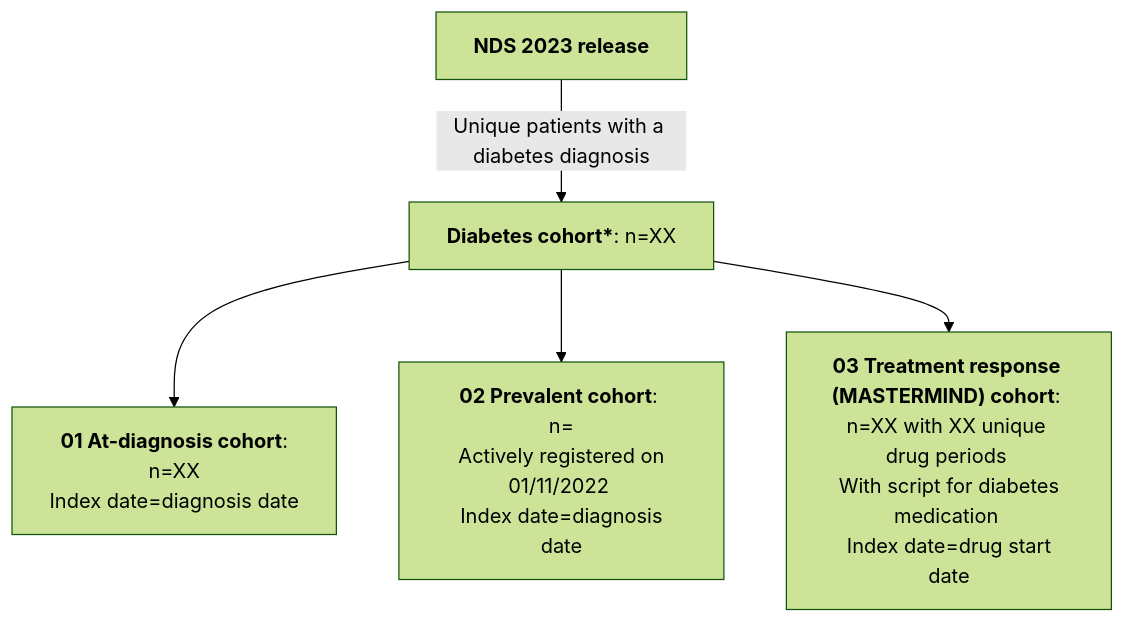
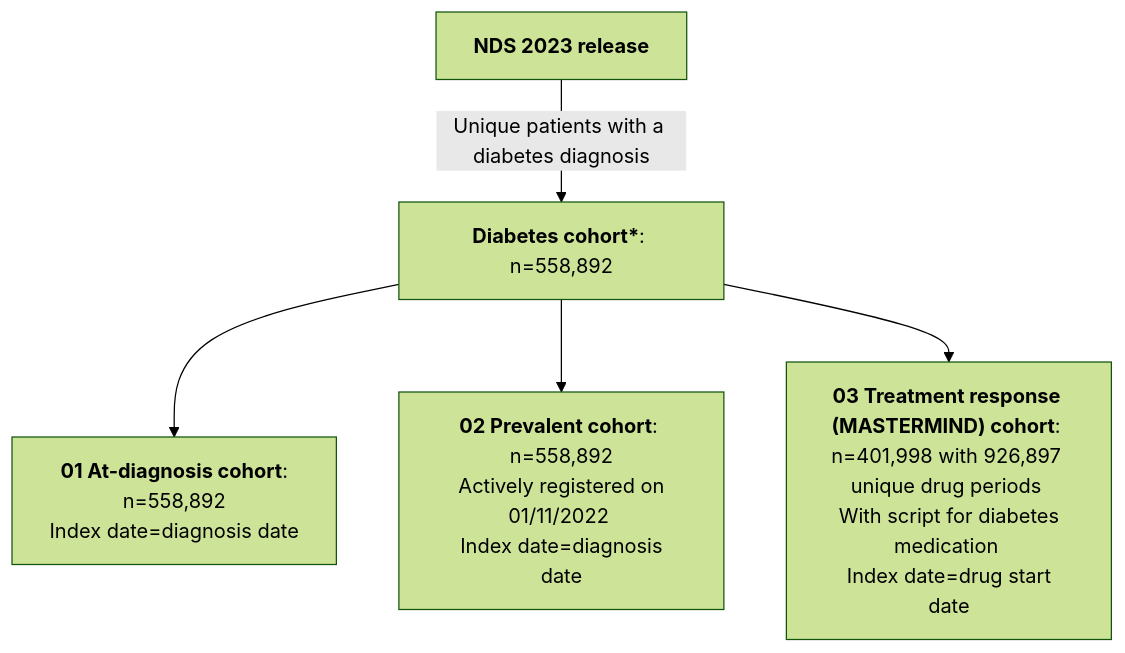
One commit to Exeter-Diabetes/SDRN-Cohort-Scripts changed the first of 2 diagrams in README.md. Above: the diagram before and after it, drawn with Mermaid (forest theme). The commit also changed other lines of this file and 2 other files, not shown here.

Commit message:
Edits to description file (README.md) and additions to the diabetes cohort file.

````diff
--- a/README.md
+++ b/README.md
@@ -11,7 +15,7 @@
 ``` mermaid
 graph TD;
-    A["<b>NDS 2023 release</b>"] --> |"Unique patients with a diabetes diagnosis"| B["<b>Diabetes cohort*</b>: n=XX"]
-    B --> C["<b>01 At-diagnosis cohort</b>: <br> n=XX <br> Index date=diagnosis date"]
-    B --> D["<b>02 Prevalent cohort</b>: <br> n= <br> Actively registered on 01/11/2022 <br> Index date=diagnosis date"]
-    B --> E["<b>03 Treatment response (MASTERMIND) cohort</b>: n=XX with XX unique drug periods <br> With script for diabetes medication <br> Index date=drug start date"]
+    A["<b>NDS 2023 release</b>"] --> |"Unique patients with a diabetes diagnosis"| B["<b>Diabetes cohort*</b>: n=558,892"]
+    B --> C["<b>01 At-diagnosis cohort</b>: <br> n=558,892 <br> Index date=diagnosis date"]
+    B --> D["<b>02 Prevalent cohort</b>: <br> n=558,892 <br> Actively registered on 01/11/2022 <br> Index date=diagnosis date"]
+    B --> E["<b>03 Treatment response (MASTERMIND) cohort</b>: n=401,998 with 926,897 unique drug periods <br> With script for diabetes medication <br> Index date=drug start date"]
 ```
````
